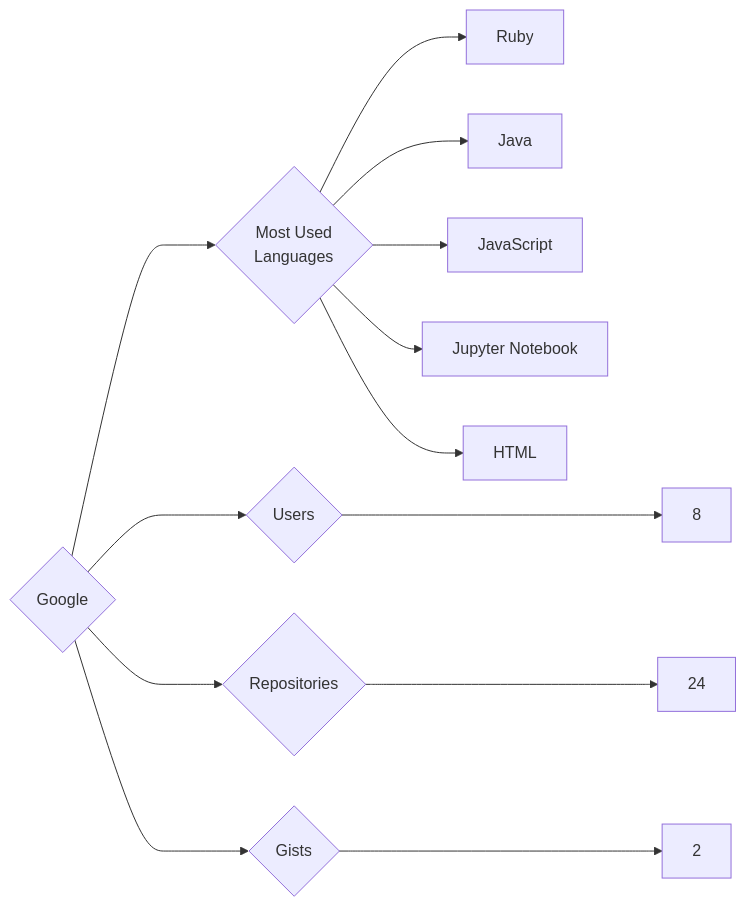
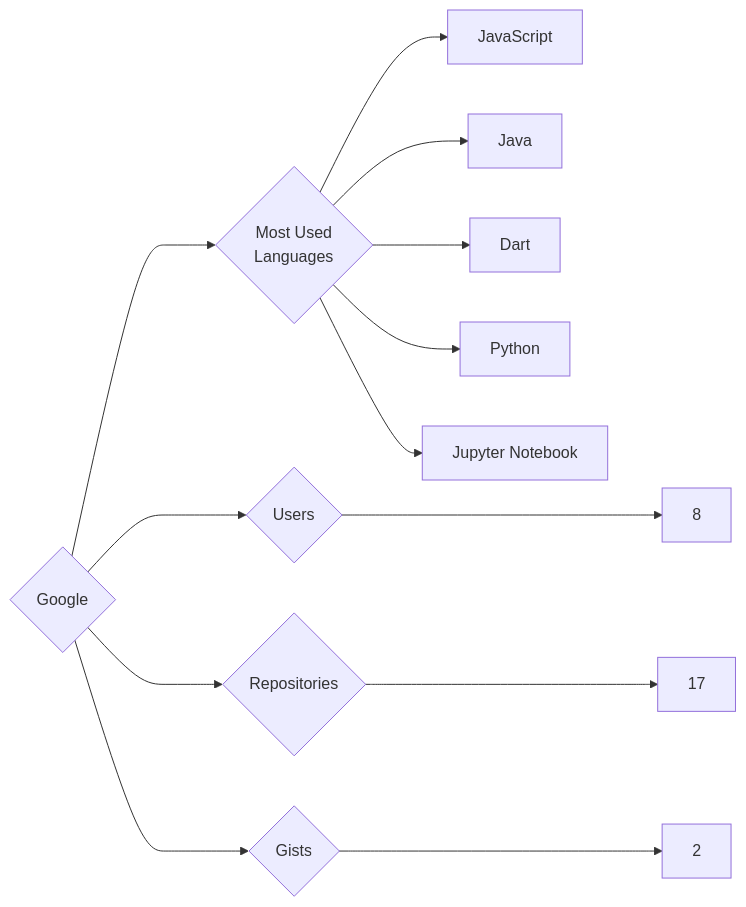
One commit to trickest/insiders changed the diagram in targets/Google/README.md. Above: the diagram before and after it, drawn with Mermaid. The commit also changed 1078 other files, not shown here.

````diff
--- a/targets/Google/README.md
+++ b/targets/Google/README.md
@@ -3,13 +3,13 @@
 ```mermaid
 graph LR
 COMPANY_NAME{Google}
 COMPANY_NAME ---> U{Users} ---> UN[8]
-COMPANY_NAME ---> R{Repositories} ---> RN[24]
+COMPANY_NAME ---> R{Repositories} ---> RN[17]
 COMPANY_NAME ---> G{Gists} ---> GN[2]
 COMPANY_NAME ---> ML{Most Used<br>Languages}
-ML --> Ruby[Ruby]
+ML --> JavaScript[JavaScript]
 ML --> Java[Java]
-ML --> JavaScript[JavaScript]
+ML --> Dart[Dart]
+ML --> Python[Python]
 ML --> Jupyter_Notebook[Jupyter Notebook]
-ML --> HTML[HTML]
 ```
````
